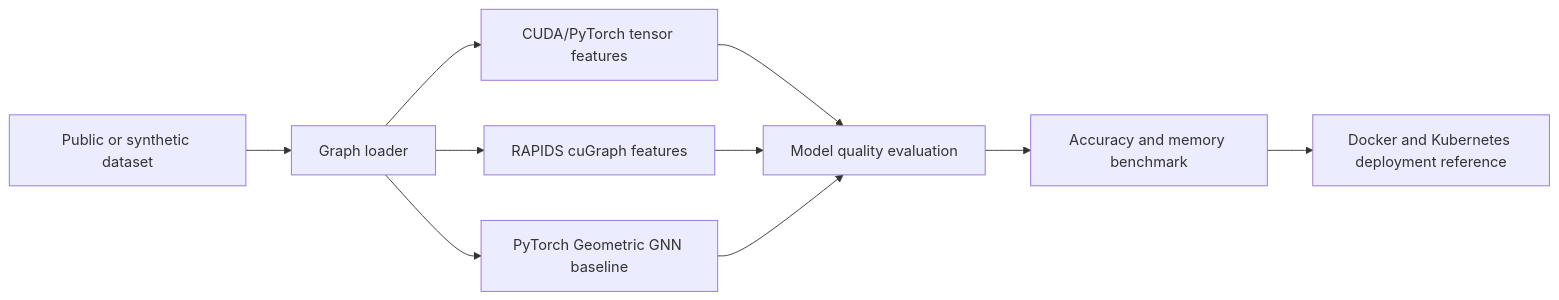
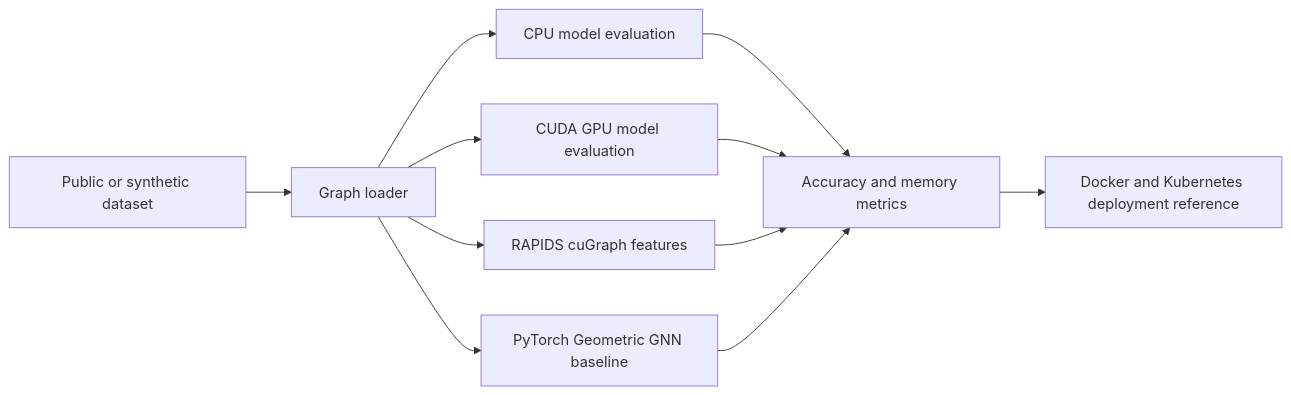
The diagram in README.md (sauravsingla/cuda13-graph-ai-fraud-detection), drawn with Mermaid before and after one commit. The commit also changed other lines of this file, not shown here.

Commit message:
Clarify CPU vs GPU accuracy and memory benchmark in README

````diff
--- a/README.md
+++ b/README.md
@@ -177,12 +190,13 @@
 ```mermaid
 flowchart LR
     A[Public or synthetic dataset] --> B[Graph loader]
-    B --> C[CUDA/PyTorch tensor features]
-    B --> D[RAPIDS cuGraph features]
-    B --> E[PyTorch Geometric GNN baseline]
-    C --> F[Model quality evaluation]
-    D --> F
-    E --> F
-    F --> G[Accuracy and memory benchmark]
+    B --> C[CPU model evaluation]
+    B --> D[CUDA GPU model evaluation]
+    B --> E[RAPIDS cuGraph features]
+    B --> F[PyTorch Geometric GNN baseline]
+    C --> G[Accuracy and memory metrics]
+    D --> G
+    E --> G
+    F --> G
     G --> H[Docker and Kubernetes deployment reference]
 ```
````
